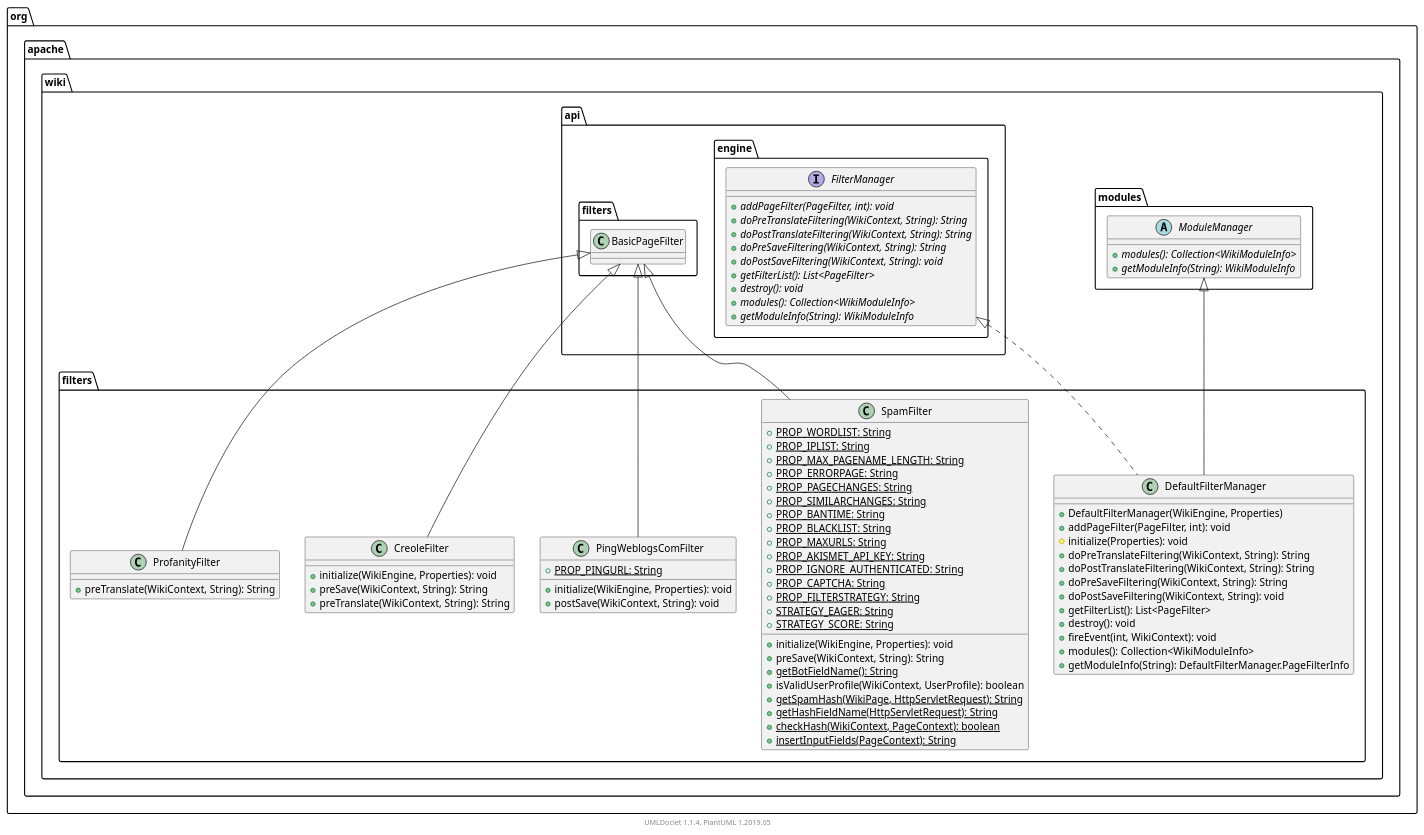
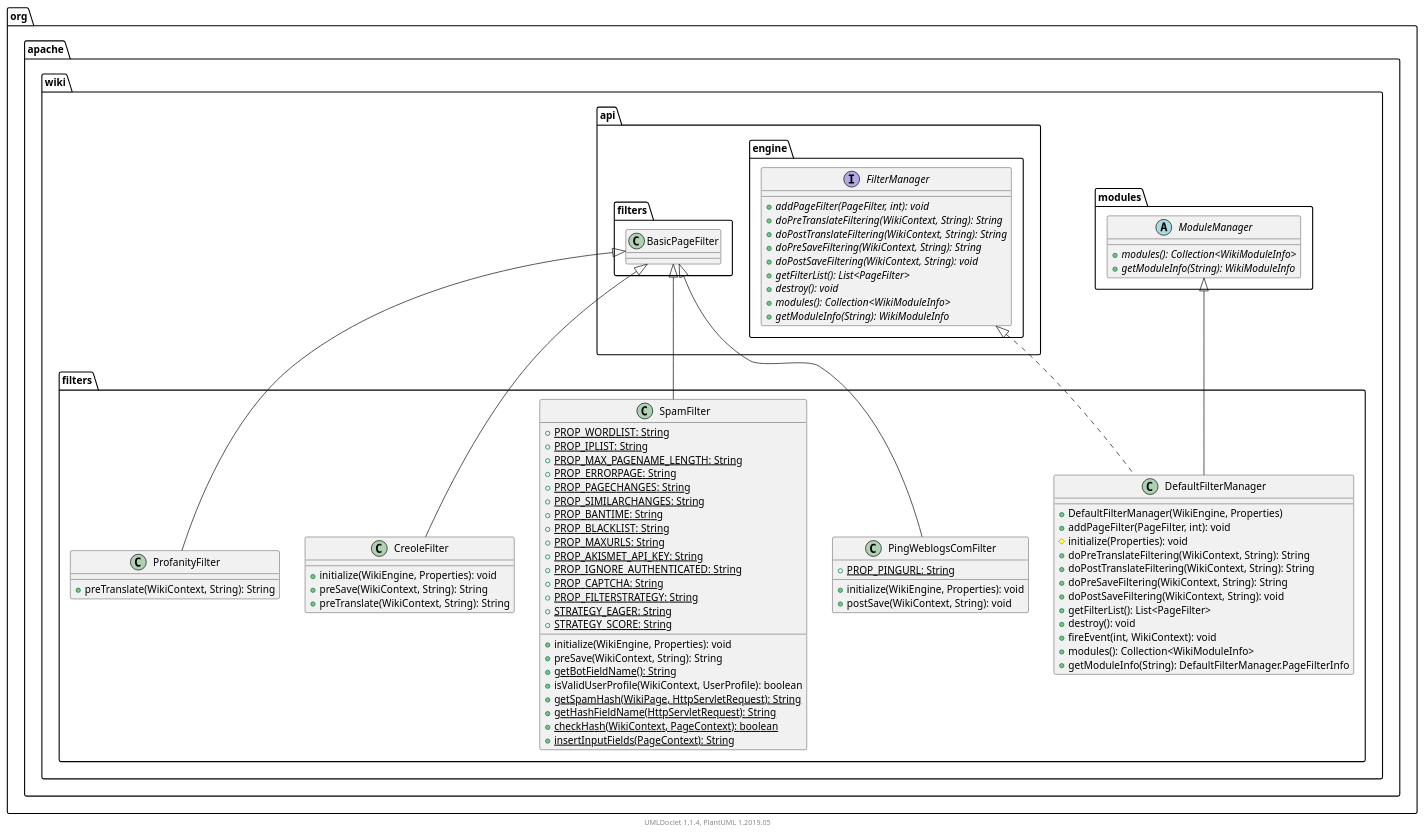
Before and after one commit to apache/jspwiki-site: the diagram in apidocs/2.11.0.M7-SNAPSHOT/org/apache/wiki/filters/package.puml, drawn with PlantUML. The commit also changed other lines of this file and 1163 other files, not shown here.

```diff
--- a/apidocs/2.11.0.M7-SNAPSHOT/org/apache/wiki/filters/package.puml
+++ b/apidocs/2.11.0.M7-SNAPSHOT/org/apache/wiki/filters/package.puml
@@ -1,94 +1,94 @@
 @startuml
 
     namespace org.apache.wiki.filters {
 
         class DefaultFilterManager [[DefaultFilterManager.html]] {
             +DefaultFilterManager(WikiEngine, Properties)
             +addPageFilter(PageFilter, int): void
             #initialize(Properties): void
             +doPreTranslateFiltering(WikiContext, String): String
             +doPostTranslateFiltering(WikiContext, String): String
             +doPreSaveFiltering(WikiContext, String): String
             +doPostSaveFiltering(WikiContext, String): void
             +getFilterList(): List<PageFilter>
             +destroy(): void
             +fireEvent(int, WikiContext): void
             +modules(): Collection<WikiModuleInfo>
             +getModuleInfo(String): DefaultFilterManager.PageFilterInfo
+        }
+
+        class PingWeblogsComFilter [[PingWeblogsComFilter.html]] {
+            {static} +PROP_PINGURL: String
+            +initialize(WikiEngine, Properties): void
+            +postSave(WikiContext, String): void
         }
 
         class SpamFilter [[SpamFilter.html]] {
             {static} +PROP_WORDLIST: String
             {static} +PROP_IPLIST: String
             {static} +PROP_MAX_PAGENAME_LENGTH: String
             {static} +PROP_ERRORPAGE: String
             {static} +PROP_PAGECHANGES: String
             {static} +PROP_SIMILARCHANGES: String
             {static} +PROP_BANTIME: String
             {static} +PROP_BLACKLIST: String
             {static} +PROP_MAXURLS: String
             {static} +PROP_AKISMET_API_KEY: String
             {static} +PROP_IGNORE_AUTHENTICATED: String
             {static} +PROP_CAPTCHA: String
             {static} +PROP_FILTERSTRATEGY: String
             {static} +STRATEGY_EAGER: String
             {static} +STRATEGY_SCORE: String
             +initialize(WikiEngine, Properties): void
             +preSave(WikiContext, String): String
             {static} +getBotFieldName(): String
             +isValidUserProfile(WikiContext, UserProfile): boolean
             {static} +getSpamHash(WikiPage, HttpServletRequest): String
             {static} +getHashFieldName(HttpServletRequest): String
             {static} +checkHash(WikiContext, PageContext): boolean
             {static} +insertInputFields(PageContext): String
-        }
-
-        class PingWeblogsComFilter [[PingWeblogsComFilter.html]] {
-            {static} +PROP_PINGURL: String
-            +initialize(WikiEngine, Properties): void
-            +postSave(WikiContext, String): void
         }
 
         class CreoleFilter [[CreoleFilter.html]] {
             +initialize(WikiEngine, Properties): void
             +preSave(WikiContext, String): String
             +preTranslate(WikiContext, String): String
         }
 
         class ProfanityFilter [[ProfanityFilter.html]] {
             +preTranslate(WikiContext, String): String
         }
 
         abstract class org.apache.wiki.modules.ModuleManager {
             {abstract} +modules(): Collection<WikiModuleInfo>
             {abstract} +getModuleInfo(String): WikiModuleInfo
         }
         org.apache.wiki.modules.ModuleManager <|-- DefaultFilterManager
 
         interface org.apache.wiki.api.engine.FilterManager {
             {abstract} +addPageFilter(PageFilter, int): void
             {abstract} +doPreTranslateFiltering(WikiContext, String): String
             {abstract} +doPostTranslateFiltering(WikiContext, String): String
             {abstract} +doPreSaveFiltering(WikiContext, String): String
             {abstract} +doPostSaveFiltering(WikiContext, String): void
             {abstract} +getFilterList(): List<PageFilter>
             {abstract} +destroy(): void
             {abstract} +modules(): Collection<WikiModuleInfo>
             {abstract} +getModuleInfo(String): WikiModuleInfo
         }
         org.apache.wiki.api.engine.FilterManager <|.. DefaultFilterManager
 
         class org.apache.wiki.api.filters.BasicPageFilter
+        org.apache.wiki.api.filters.BasicPageFilter <|-- PingWeblogsComFilter
+
         org.apache.wiki.api.filters.BasicPageFilter <|-- SpamFilter
-
-        org.apache.wiki.api.filters.BasicPageFilter <|-- PingWeblogsComFilter
 
         org.apache.wiki.api.filters.BasicPageFilter <|-- CreoleFilter
 
         org.apache.wiki.api.filters.BasicPageFilter <|-- ProfanityFilter
 
     }
 
 
     center footer UMLDoclet 1.1.4, PlantUML 1.2019.05
 @enduml
```
